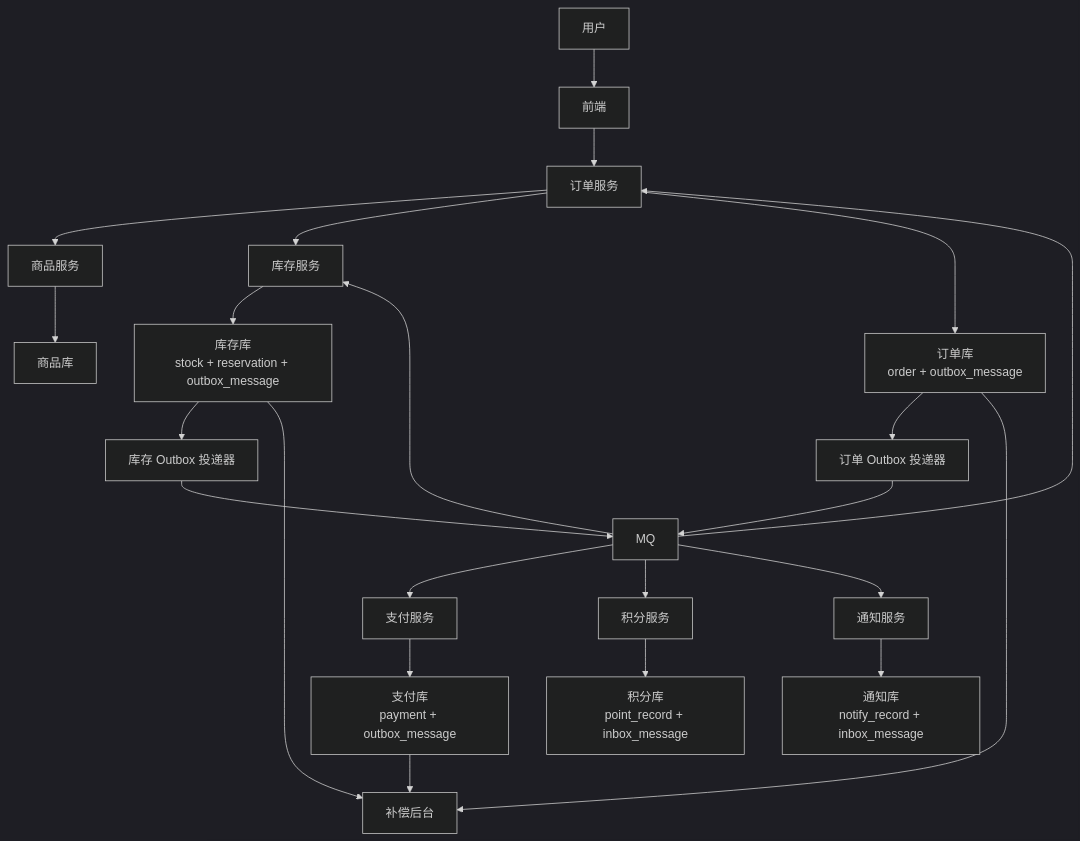
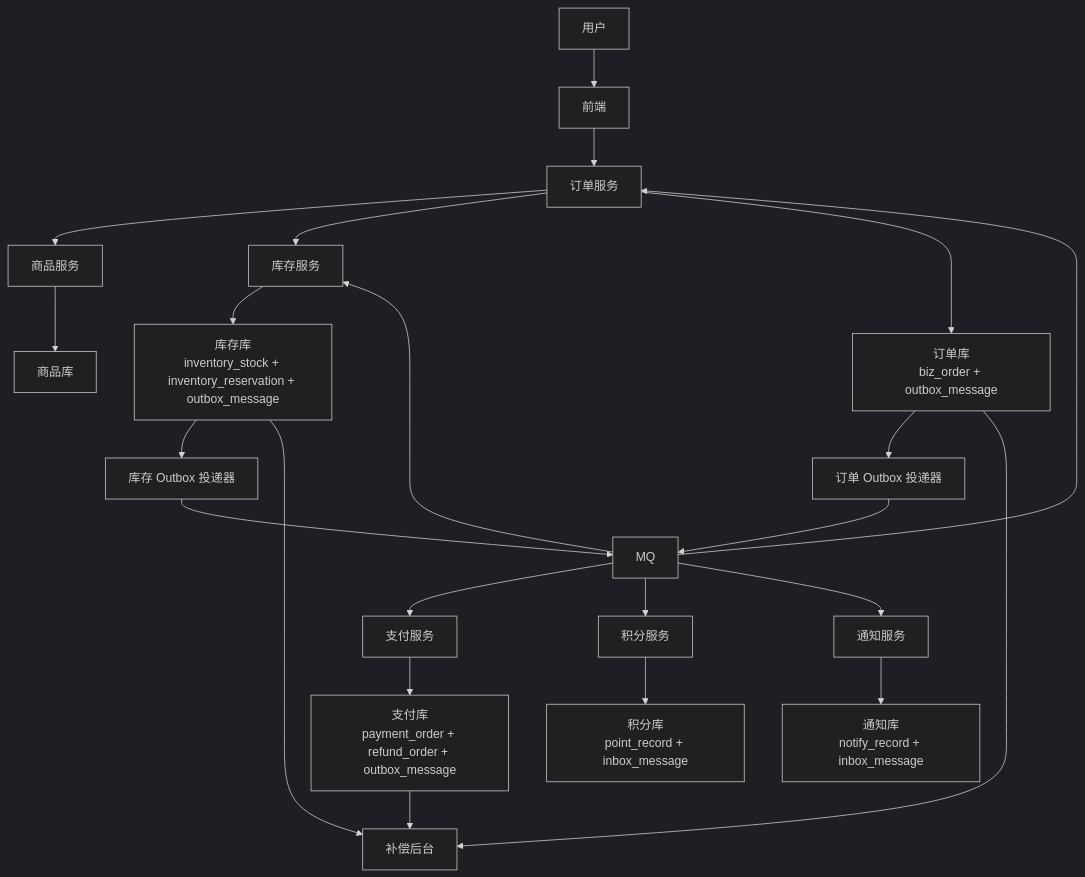
The first of 3 diagrams in docs/ORDER_FINAL_CONSISTENCY_DESIGN.md (yinshihaogithub/framework-boot-starter), drawn with Mermaid (dark theme) before and after one commit. The commit also changed other lines of this file, not shown here.

````diff
--- a/docs/ORDER_FINAL_CONSISTENCY_DESIGN.md
+++ b/docs/ORDER_FINAL_CONSISTENCY_DESIGN.md
@@ -49,30 +46,29 @@
 ```mermaid
 flowchart TD
   U["用户"] --> W["前端"]
   W --> O["订单服务"]
-
   O --> P["商品服务"]
   O --> I["库存服务"]
-  O --> ODB["订单库<br/>order + outbox_message"]
-  I --> IDB["库存库<br/>stock + reservation + outbox_message"]
+  O --> ODB["订单库<br/>biz_order + outbox_message"]
+  I --> IDB["库存库<br/>inventory_stock + inventory_reservation + outbox_message"]
   P --> PDB["商品库"]
 
   ODB --> OP["订单 Outbox 投递器"]
   IDB --> IP["库存 Outbox 投递器"]
   OP --> MQ["MQ"]
   IP --> MQ
 
   MQ --> PAY["支付服务"]
   MQ --> POINT["积分服务"]
   MQ --> N["通知服务"]
   MQ --> O
   MQ --> I
 
-  PAY --> PAYDB["支付库<br/>payment + outbox_message"]
+  PAY --> PAYDB["支付库<br/>payment_order + refund_order + outbox_message"]
   POINT --> POINTDB["积分库<br/>point_record + inbox_message"]
   N --> NDB["通知库<br/>notify_record + inbox_message"]
 
   ODB --> A["补偿后台"]
   IDB --> A
   PAYDB --> A
 ```
````
